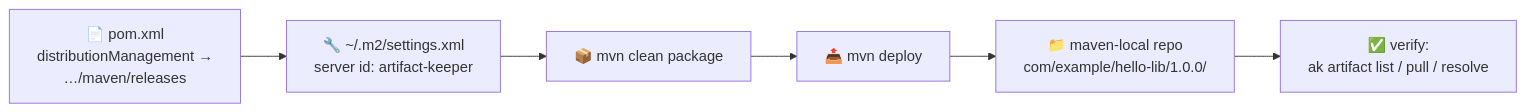
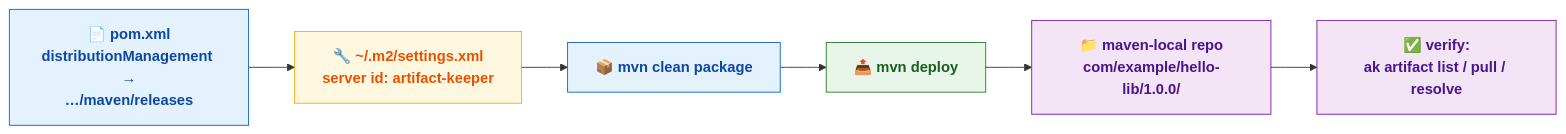
The diagram in docs/06-scenario-maven.md (Orpere/artifactory-keeper-demo), drawn with Mermaid before and after one commit. The commit also changed other lines of this file and 17 other files, not shown here.

First line of the commit message:
Colorize: brand-colored icons + color-coded mermaid diagrams

````diff
--- a/docs/06-scenario-maven.md
+++ b/docs/06-scenario-maven.md
@@ -20,8 +20,18 @@
 ```mermaid
 flowchart LR
+    classDef build  fill:#E3F2FD,stroke:#1565C0,color:#0D47A1,font-weight:bold
+    classDef auth   fill:#FFF8E1,stroke:#F9A825,color:#E65100,font-weight:bold
+    classDef push   fill:#E8F5E9,stroke:#2E7D32,color:#1B5E20,font-weight:bold
+    classDef verify fill:#F3E5F5,stroke:#7B1FA2,color:#4A148C,font-weight:bold
+
     A["📄 pom.xml<br/>distributionManagement →<br/>…/maven/releases"] --> B["🔧 ~/.m2/settings.xml<br/>server id: artifact-keeper"]
     B --> C["📦 mvn clean package"]
     C --> D["📤 mvn deploy"]
     D --> E["📁 maven-local repo<br/>com/example/hello-lib/1.0.0/"]
     E --> F["✅ verify:<br/>ak artifact list / pull / resolve"]
+
+    class A,B,C build
+    class B auth
+    class D push
+    class E,F verify
 ```
````
